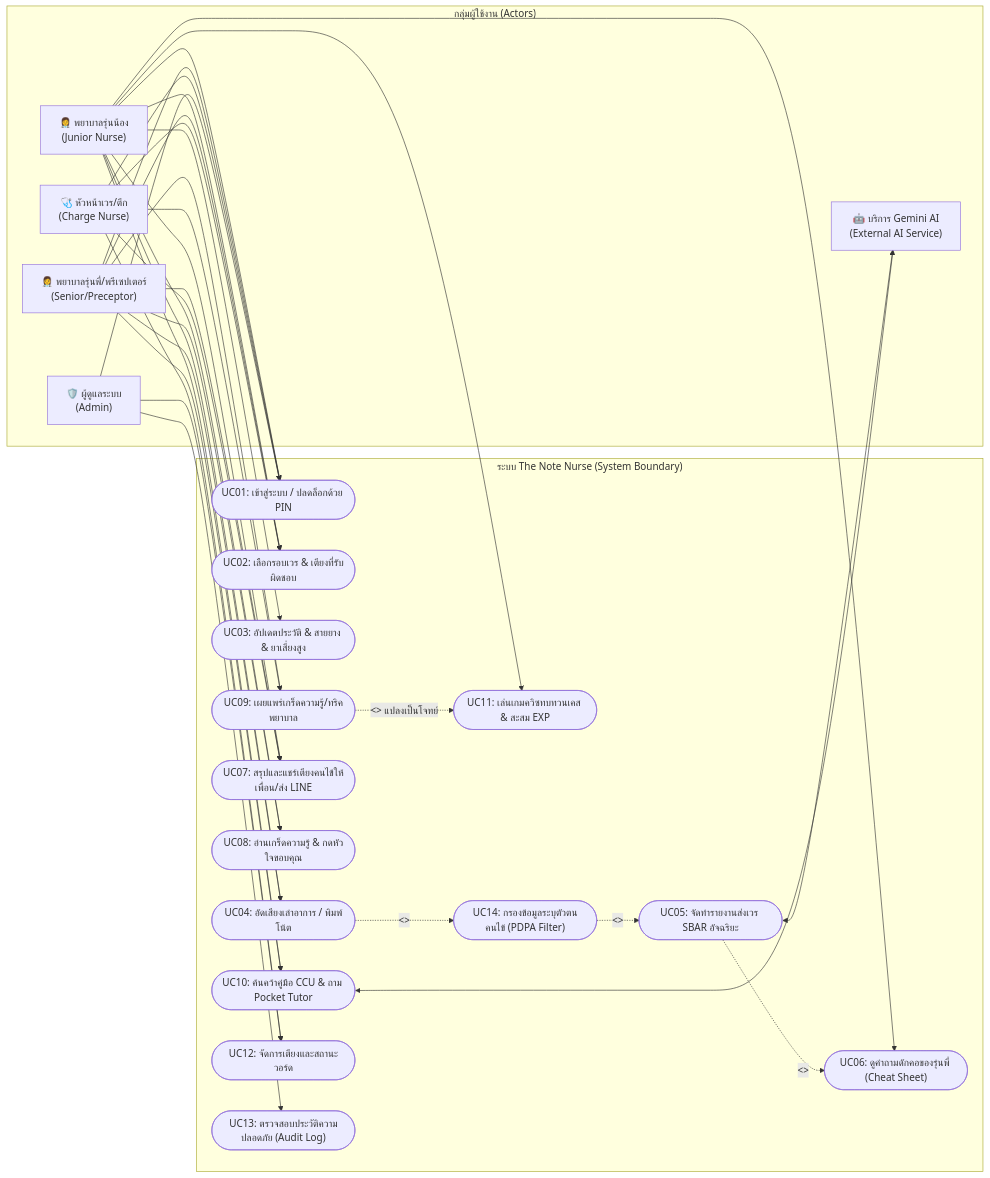
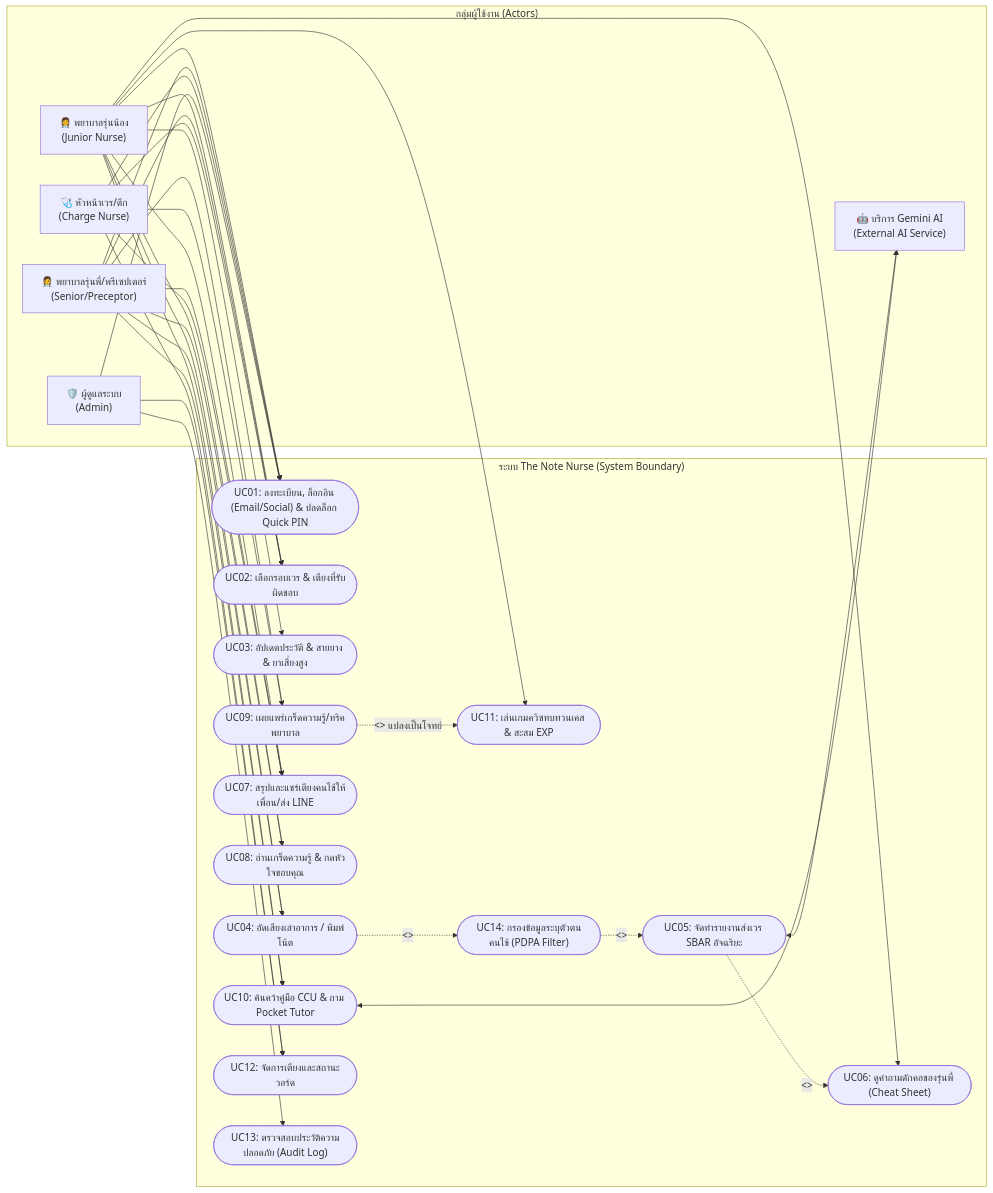
One commit to superxsiwa/the-note-nurse changed the diagram in documents/USECASE_DIAGRAM.md. Above: the diagram before and after it, drawn with Mermaid. The commit also changed other lines of this file and 6 other files, not shown here.

Commit message:
feat: enhance login, registration with confirm quick PIN, and update system design docs

````diff
--- a/documents/USECASE_DIAGRAM.md
+++ b/documents/USECASE_DIAGRAM.md
@@ -10,76 +10,76 @@
 ```mermaid
 graph LR
     %% Actors
     subgraph Actors ["กลุ่มผู้ใช้งาน (Actors)"]
         JN["👩‍⚕️ พยาบาลรุ่นน้อง<br/>(Junior Nurse)"]
         SN["👩‍⚕️ พยาบาลรุ่นพี่/พรีเซปเตอร์<br/>(Senior/Preceptor)"]
         CN["🩺 หัวหน้าเวร/ตึก<br/>(Charge Nurse)"]
         AD["🛡️ ผู้ดูแลระบบ<br/>(Admin)"]
         AI["🤖 บริการ Gemini AI<br/>(External AI Service)"]
     end
 
     %% Use Cases
     subgraph CoreSystem ["ระบบ The Note Nurse (System Boundary)"]
-        %% Group 1: Auth & Shift
-        UC_Auth(["UC01: เข้าสู่ระบบ / ปลดล็อกด้วย PIN"])
+        %% Group 1: Auth, Register & Shift
+        UC_Auth(["UC01: ลงทะเบียน, ล็อกอิน (Email/Social) & ปลดล็อก Quick PIN"])
         UC_Shift(["UC02: เลือกรอบเวร & เตียงที่รับผิดชอบ"])
         UC_BedStatus(["UC03: อัปเดตประวัติ & สายยาง & ยาเสี่ยงสูง"])
         
         %% Group 2: Handover & SBAR
         UC_RecordVoice(["UC04: อัดเสียงเล่าอาการ / พิมพ์โน้ต"])
         UC_SbarGen(["UC05: จัดทำรายงานส่งเวร SBAR อัจฉริยะ"])
         UC_CheatSheet(["UC06: ดูคำถามดักคอของรุ่นพี่ (Cheat Sheet)"])
         UC_ShareLine(["UC07: สรุปและแชร์เตียงคนไข้ให้เพื่อน/ส่ง LINE"])
         
         %% Group 3: Pearls & Knowledge
         UC_ReadPearls(["UC08: อ่านเกร็ดความรู้ & กดหัวใจขอบคุณ"])
         UC_PostPearl(["UC09: เผยแพร่เกร็ดความรู้/ทริคพยาบาล"])
         UC_KnowledgeHub(["UC10: ค้นคว้าคู่มือ CCU & ถาม Pocket Tutor"])
         UC_PlayQuiz(["UC11: เล่นเกมควิซทบทวนเคส & สะสม EXP"])
         
         %% Group 4: Admin & Governance
         UC_ManageWards(["UC12: จัดการเตียงและสถานะวอร์ด"])
         UC_AuditLog(["UC13: ตรวจสอบประวัติความปลอดภัย (Audit Log)"])
         UC_Sanitize(["UC14: กรองข้อมูลระบุตัวตนคนไข้ (PDPA Filter)"])
     end
 
     %% Relations for Junior Nurse
     JN --> UC_Auth
     JN --> UC_Shift
     JN --> UC_BedStatus
     JN --> UC_RecordVoice
     JN --> UC_CheatSheet
     JN --> UC_ShareLine
     JN --> UC_ReadPearls
     JN --> UC_KnowledgeHub
     JN --> UC_PlayQuiz
 
     %% Relations for Senior Nurse (Inherits Junior abilities + Mentoring)
     SN --> UC_Auth
     SN --> UC_Shift
     SN --> UC_RecordVoice
     SN --> UC_ShareLine
     SN --> UC_PostPearl
     SN --> UC_ReadPearls
     SN --> UC_KnowledgeHub
 
     %% Relations for Charge Nurse (Management)
     CN --> UC_Auth
     CN --> UC_Shift
     CN --> UC_ManageWards
     CN --> UC_ShareLine
     CN --> UC_PostPearl
 
     %% Relations for Admin
     AD --> UC_Auth
     AD --> UC_AuditLog
     AD --> UC_ManageWards
 
     %% Include / Extend / AI connections
     UC_RecordVoice -.->|<<include>>| UC_Sanitize
     UC_Sanitize -.->|<<include>>| UC_SbarGen
     UC_SbarGen -.->|<<include>>| UC_CheatSheet
     UC_SbarGen <--> AI
     UC_KnowledgeHub <--> AI
     UC_PostPearl -.->|<<extend>> แปลงเป็นโจทย์| UC_PlayQuiz
 ```
````
